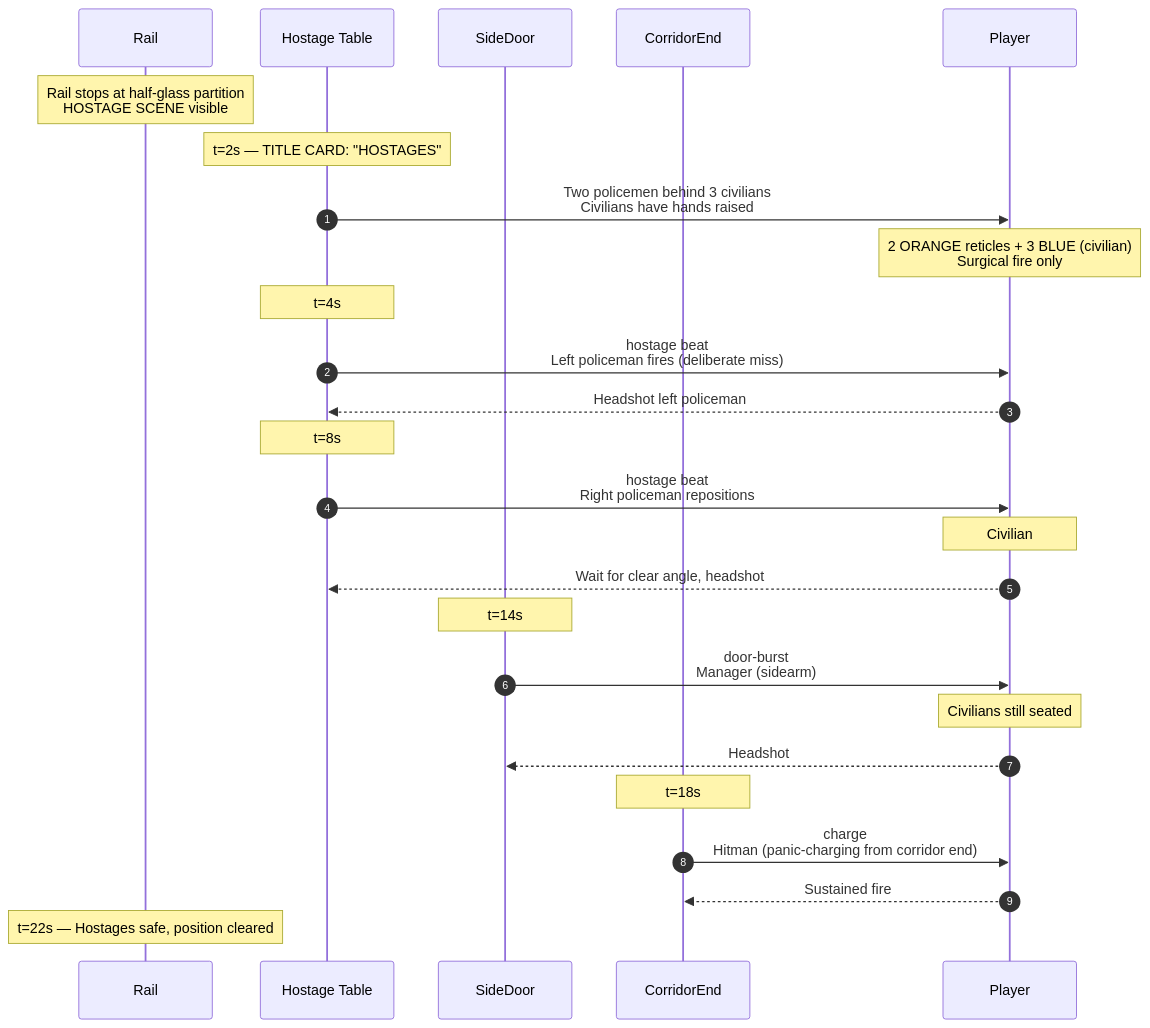
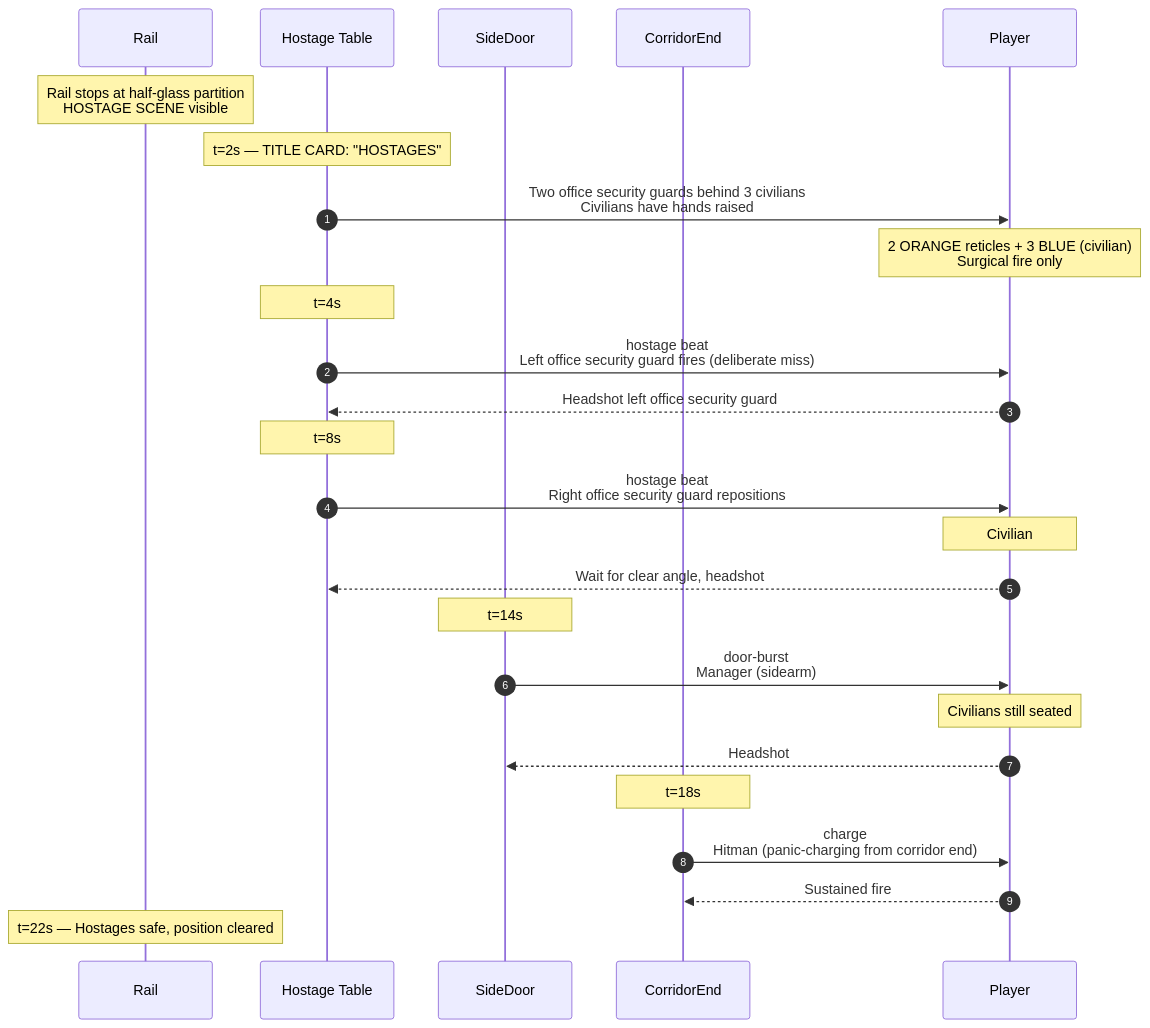
The third of 4 diagrams in docs/spec/levels/05-hr-corridor.md (arcade-cabinet/department-of-redundancy-department), drawn with Mermaid before and after one commit. The commit also changed other lines of this file and 14 other files, not shown here.

First line of the commit message:
refactor(lore): repurpose policeman → office security guard, swat → head of security

````diff
--- a/docs/spec/levels/05-hr-corridor.md
+++ b/docs/spec/levels/05-hr-corridor.md
@@ -116,35 +116,35 @@
 ```mermaid
 sequenceDiagram
     autonumber
     participant Rail
     participant Hostage as Hostage Table
     participant SideDoor
     participant CorridorEnd
     participant Player
 
     Note over Rail: Rail stops at half-glass partition<br/>HOSTAGE SCENE visible
 
     Note over Hostage: t=2s — TITLE CARD: "HOSTAGES"
-    Hostage->>Player: Two policemen behind 3 civilians<br/>Civilians have hands raised
+    Hostage->>Player: Two office security guards behind 3 civilians<br/>Civilians have hands raised
     Note over Player: 2 ORANGE reticles + 3 BLUE (civilian)<br/>Surgical fire only
 
     Note over Hostage: t=4s
-    Hostage->>Player: hostage beat<br/>Left policeman fires (deliberate miss)
-    Player-->>Hostage: Headshot left policeman
+    Hostage->>Player: hostage beat<br/>Left office security guard fires (deliberate miss)
+    Player-->>Hostage: Headshot left office security guard
 
     Note over Hostage: t=8s
-    Hostage->>Player: hostage beat<br/>Right policeman repositions
+    Hostage->>Player: hostage beat<br/>Right office security guard repositions
     Note over Player: Civilian #2 in line of fire
     Player-->>Hostage: Wait for clear angle, headshot
 
     Note over SideDoor: t=14s
     SideDoor->>Player: door-burst<br/>Manager (sidearm)
     Note over Player: Civilians still seated
     Player-->>SideDoor: Headshot
 
     Note over CorridorEnd: t=18s
     CorridorEnd->>Player: charge<br/>Hitman (panic-charging from corridor end)
     Player-->>CorridorEnd: Sustained fire
 
     Note over Rail: t=22s — Hostages safe, position cleared
 ```
````
